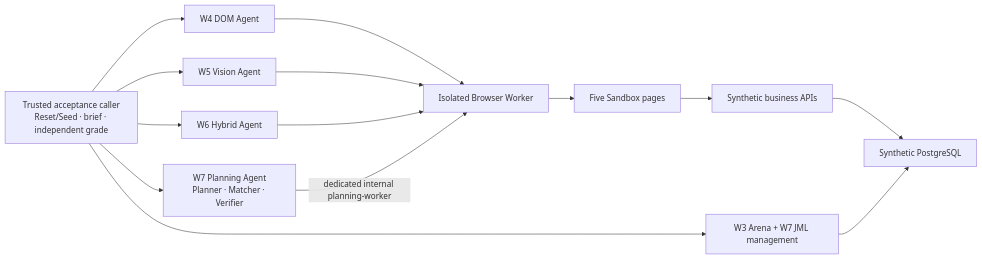
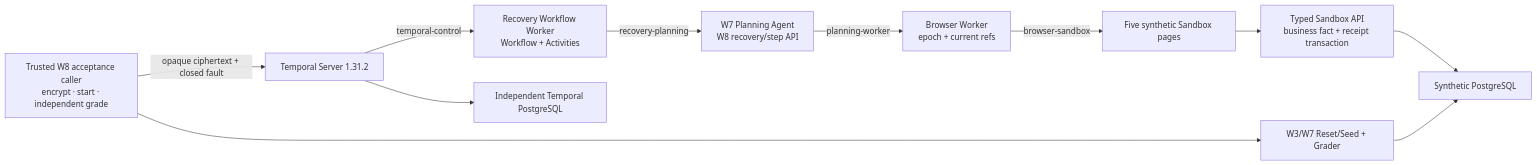
Before and after one commit to taka-wzx/flowpilot-arena: the first of 2 diagrams in docs/architecture.md, drawn with Mermaid. The commit also changed other lines of this file and 66 other files, not shown here.

```diff
--- a/docs/architecture.md
+++ b/docs/architecture.md
@@ -10,16 +11,14 @@
 ~~~mermaid
 flowchart LR
-    Caller["Trusted acceptance caller<br/>Reset/Seed · brief · independent grade"] --> Arena["W3 Arena + W7 JML management"]
-    Caller --> Dom["W4 DOM Agent"]
-    Caller --> Vision["W5 Vision Agent"]
-    Caller --> Hybrid["W6 Hybrid Agent"]
-    Caller --> Planning["W7 Planning Agent<br/>Planner · Matcher · Verifier"]
-    Dom --> Worker["Isolated Browser Worker"]
-    Vision --> Worker
-    Hybrid --> Worker
-    Planning -->|"dedicated internal planning-worker"| Worker
-    Worker --> Web["Five Sandbox pages"]
-    Web --> API["Synthetic business APIs"]
-    API --> DB["Synthetic PostgreSQL"]
-    Arena --> DB
+    Caller["Trusted W8 acceptance caller<br/>encrypt · start · independent grade"]
+    Caller -->|"opaque ciphertext + closed fault"| Temporal["Temporal Server 1.31.2"]
+    Temporal -->|"temporal-control"| Recovery["Recovery Workflow Worker<br/>Workflow + Activities"]
+    Recovery -->|"recovery-planning"| Planning["W7 Planning Agent<br/>W8 recovery/step API"]
+    Planning -->|"planning-worker"| Browser["Browser Worker<br/>epoch + current refs"]
+    Browser -->|"browser-sandbox"| Web["Five synthetic Sandbox pages"]
+    Web --> API["Typed Sandbox API<br/>business fact + receipt transaction"]
+    API --> SandboxDB["Synthetic PostgreSQL"]
+    Temporal --> TemporalDB["Independent Temporal PostgreSQL"]
+    Caller --> Arena["W3/W7 Reset/Seed + Grader"]
+    Arena --> SandboxDB
 ~~~
```
